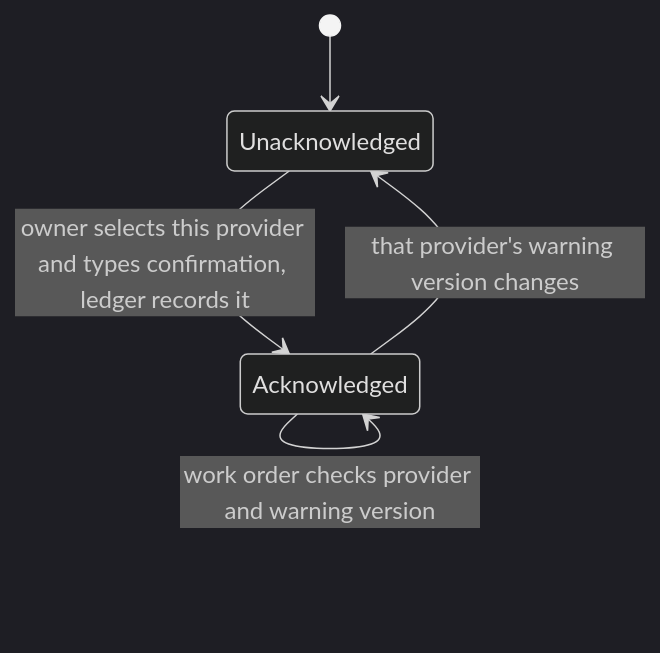
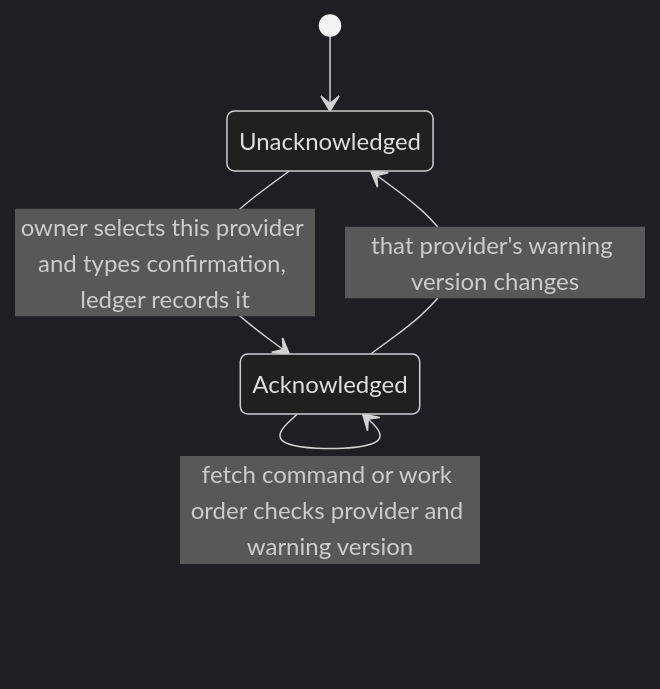
Before and after one commit to crenshawdev/baley: the second of 7 diagrams in docs/design/0003-configuration-and-routing.md, drawn with Mermaid (dark theme). The commit also changed other lines of this file, not shown here.

First line of the commit message:
docs(design): describe the fetch command, the import and init's seed as built

````diff
--- a/docs/design/0003-configuration-and-routing.md
+++ b/docs/design/0003-configuration-and-routing.md
@@ -493,7 +509,7 @@
 ```mermaid
 stateDiagram-v2
   [*] --> Unacknowledged
   Unacknowledged --> Acknowledged: owner selects this provider and types confirmation, ledger records it
   Acknowledged --> Unacknowledged: that provider's warning version changes
-  Acknowledged --> Acknowledged: work order checks provider and warning version
+  Acknowledged --> Acknowledged: fetch command or work order checks provider and warning version
 ```
````
